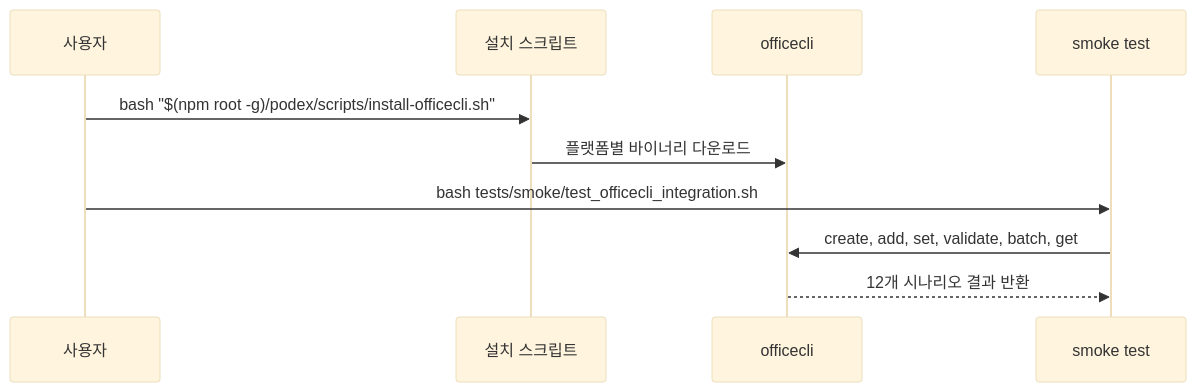
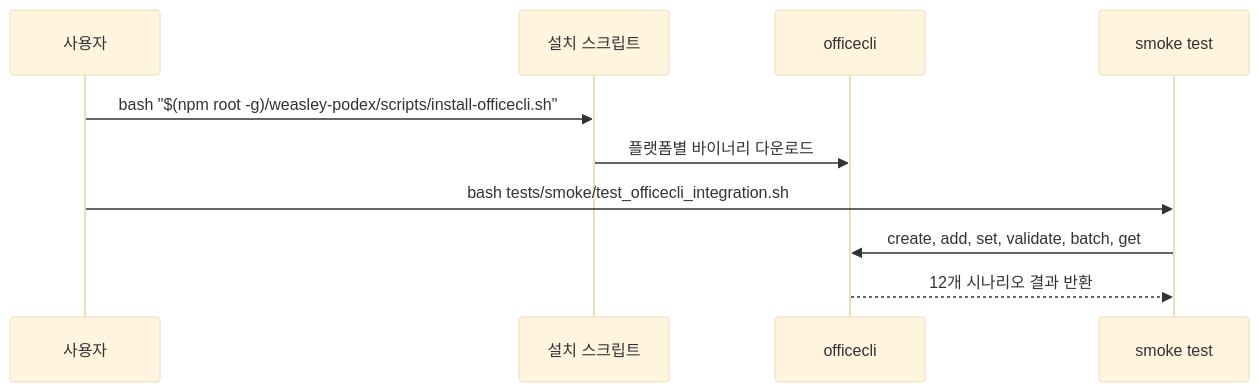
Before and after one commit to potatohoney-p/weasley-podex: the second of 2 diagrams in docs/officecli-integration.md, drawn with Mermaid (base theme). The commit also changed other lines of this file and 874 other files, not shown here.

First line of the commit message:
Launch Weasley Podex open-source edition (#1)

````diff
--- a/docs/officecli-integration.md
+++ b/docs/officecli-integration.md
@@ -45,13 +45,13 @@
 ```mermaid
 sequenceDiagram
     participant User as 사용자
     participant Script as 설치 스크립트
     participant Binary as officecli
     participant Test as smoke test
 
-    User->>Script: bash "$(npm root -g)/podex/scripts/install-officecli.sh"
+    User->>Script: bash "$(npm root -g)/weasley-podex/scripts/install-officecli.sh"
     Script->>Binary: 플랫폼별 바이너리 다운로드
     User->>Test: bash tests/smoke/test_officecli_integration.sh
     Test->>Binary: create, add, set, validate, batch, get
     Binary-->>Test: 12개 시나리오 결과 반환
 ```
````
